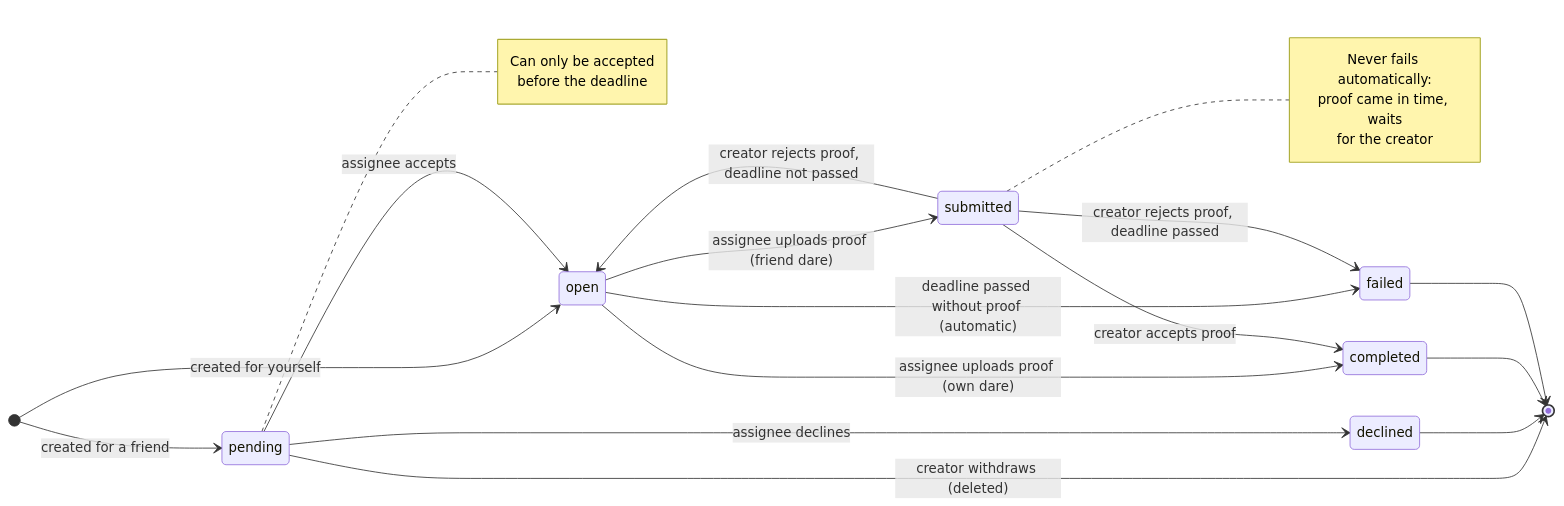
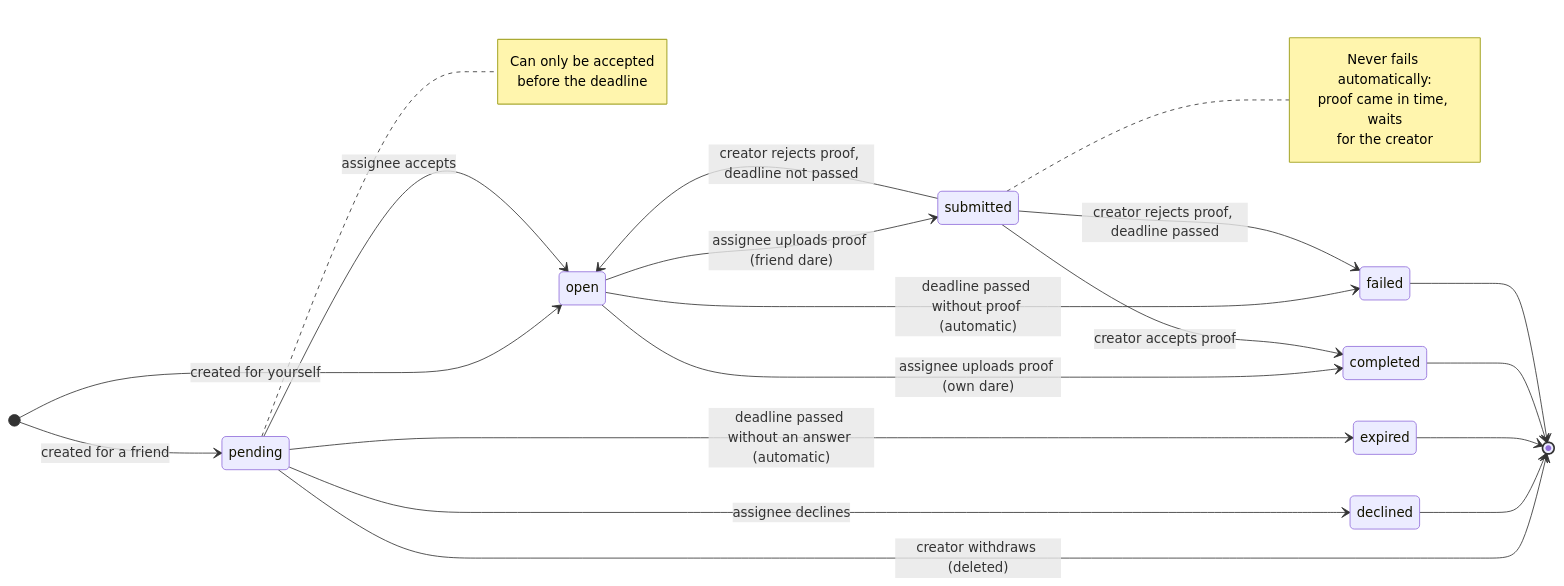
The diagram in docs/dare-states.md (MyNameIsManu/dare-you), drawn with Mermaid before and after one commit. The commit also changed other lines of this file and 4 other files, not shown here.

````diff
--- a/docs/dare-states.md
+++ b/docs/dare-states.md
@@ -11,34 +11,36 @@
 ```mermaid
 stateDiagram-v2
     direction LR
 
     [*] --> open: created for yourself
     [*] --> pending: created for a friend
 
     pending --> open: assignee accepts
     pending --> declined: assignee declines
+    pending --> expired: deadline passed without an answer (automatic)
     pending --> [*]: creator withdraws (deleted)
 
     open --> submitted: assignee uploads proof (friend dare)
     open --> completed: assignee uploads proof (own dare)
     open --> failed: deadline passed without proof (automatic)
 
     submitted --> completed: creator accepts proof
     submitted --> open: creator rejects proof, deadline not passed
     submitted --> failed: creator rejects proof, deadline passed
 
     declined --> [*]
+    expired --> [*]
     completed --> [*]
     failed --> [*]
 
     note right of pending
         Can only be accepted
         before the deadline
     end note
 
     note right of submitted
         Never fails automatically:
         proof came in time, waits
         for the creator
     end note
 ```
````
